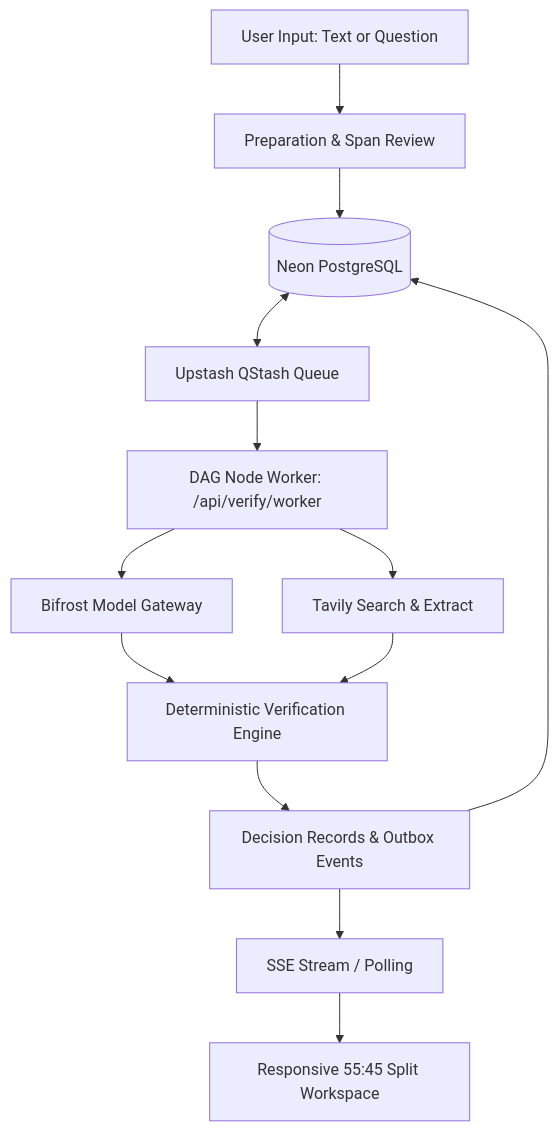
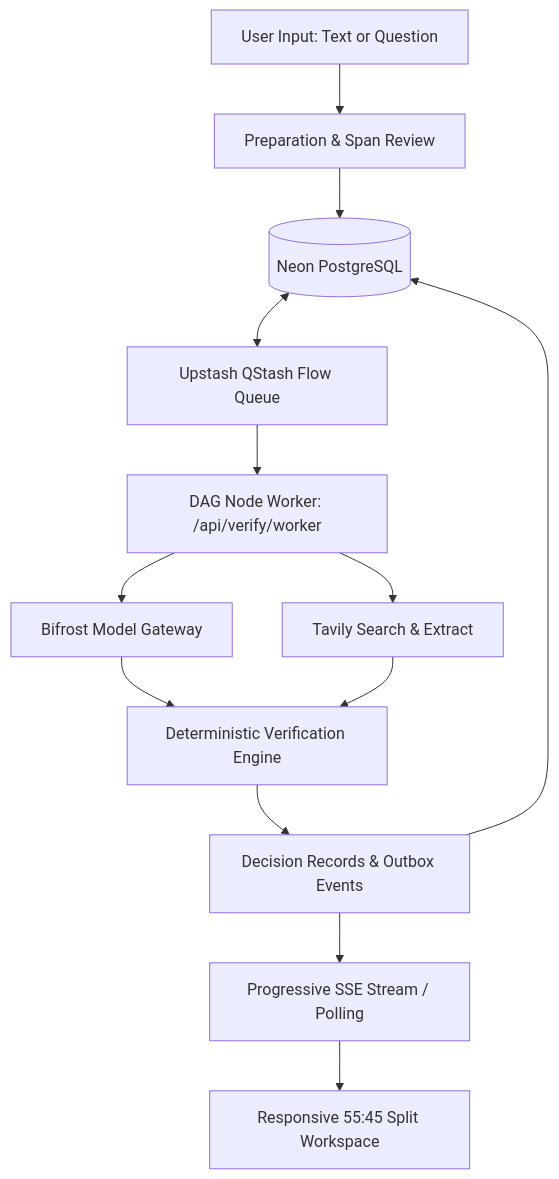
The diagram in README.md (Driftaxe/Afterfact), drawn with Mermaid before and after one commit. The commit also changed other lines of this file and 1 other file, not shown here.

````diff
--- a/README.md
+++ b/README.md
@@ -144,15 +264,15 @@
 ```mermaid
 flowchart TD
     A[User Input: Text or Question] --> B[Preparation & Span Review]
     B --> C[(Neon PostgreSQL)]
-    C <--> D[Upstash QStash Queue]
+    C <--> D[Upstash QStash Flow Queue]
     D --> E[DAG Node Worker: /api/verify/worker]
     E --> F[Bifrost Model Gateway]
     E --> G[Tavily Search & Extract]
     F --> H[Deterministic Verification Engine]
     G --> H
     H --> I[Decision Records & Outbox Events]
     I --> C
-    I --> J[SSE Stream / Polling]
+    I --> J[Progressive SSE Stream / Polling]
     J --> K[Responsive 55:45 Split Workspace]
 ```
````
